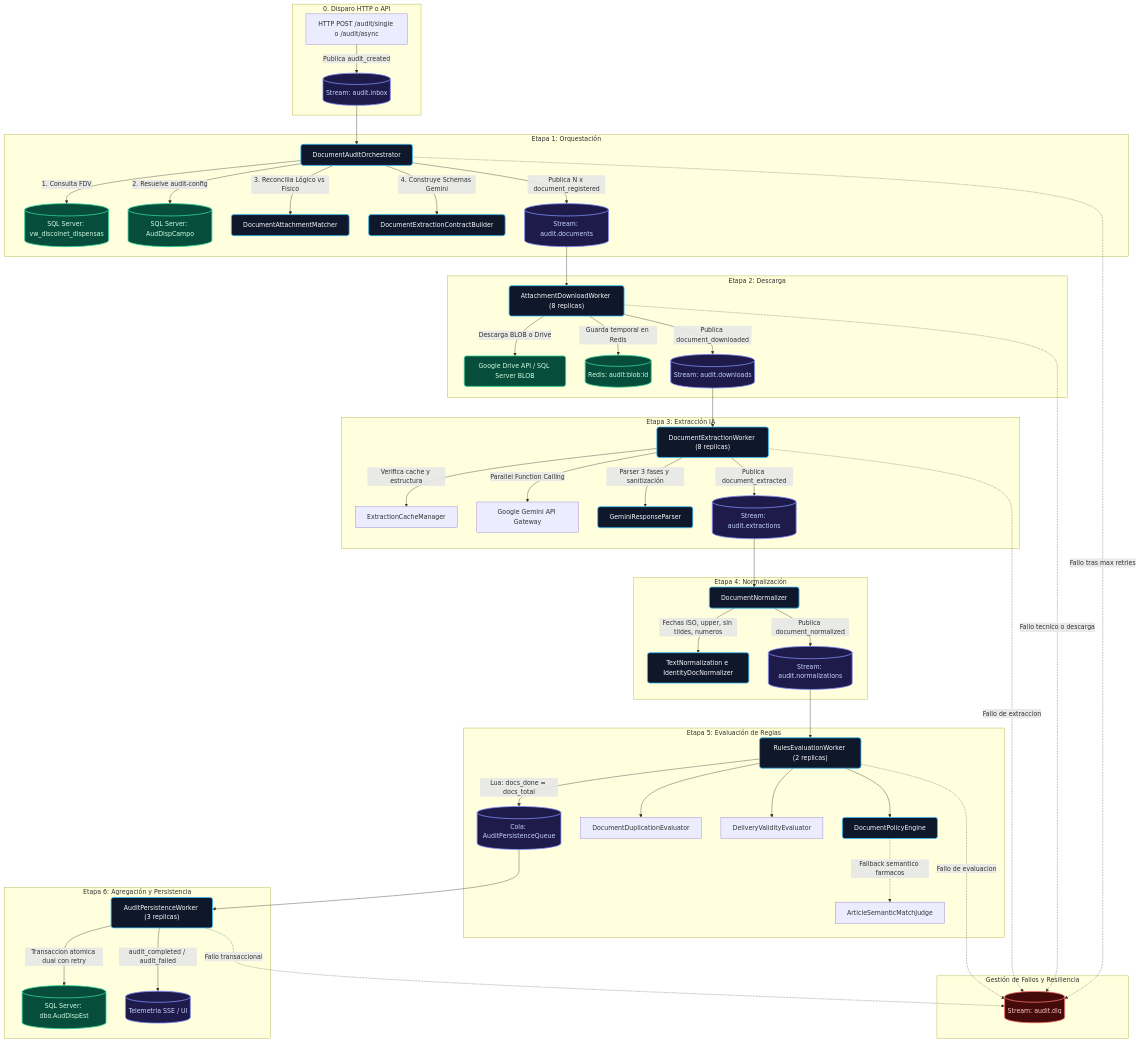
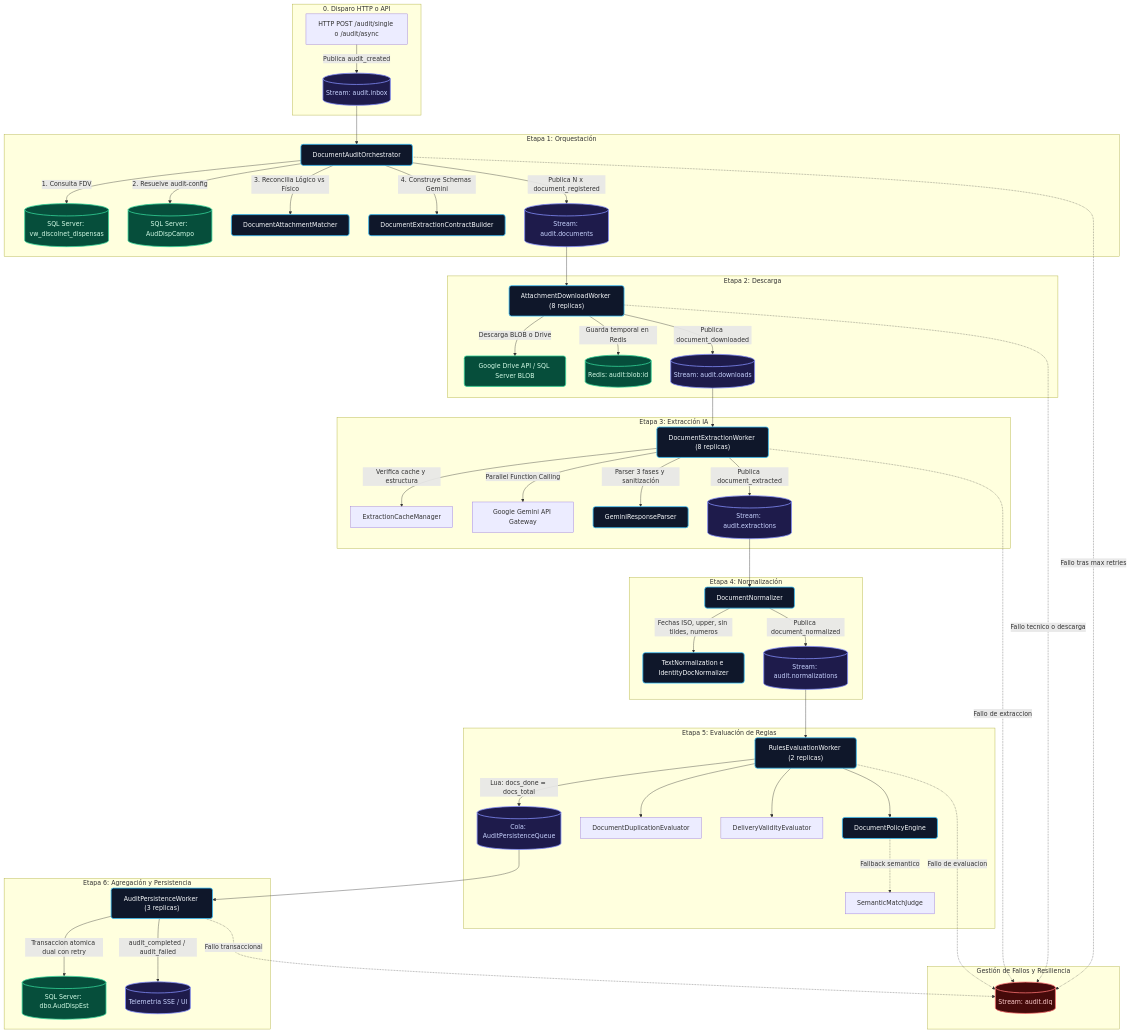
Before and after one commit to jfrem/AudFact: the fifth of 7 diagrams in plans/architecture-diagrams.md, drawn with Mermaid. The commit also changed 124 other files, not shown here.

````diff
--- a/plans/architecture-diagrams.md
+++ b/plans/architecture-diagrams.md
@@ -168,69 +168,69 @@
 ```mermaid
 flowchart TD
     subgraph Trigger ["0. Disparo HTTP o API"]
         Req["HTTP POST /audit/single o /audit/async"] -->|"Publica audit_created"| S_Inbox[("Stream: audit.inbox")]
     end
 
     subgraph E1 ["Etapa 1: Orquestación"]
         S_Inbox --> W1["DocumentAuditOrchestrator"]
         W1 -->|"1. Consulta FDV"| DB_Fdv[("SQL Server: vw_discolnet_dispensas")]
         W1 -->|"2. Resuelve audit-config"| DB_Cfg[("SQL Server: AudDispCampo")]
         W1 -->|"3. Reconcilia Lógico vs Físico"| Matcher["DocumentAttachmentMatcher"]
         W1 -->|"4. Construye Schemas Gemini"| CBuilder["DocumentExtractionContractBuilder"]
         W1 -->|"Publica N x document_registered"| S_Docs[("Stream: audit.documents")]
     end
 
     subgraph E2 ["Etapa 2: Descarga"]
         S_Docs --> W2["AttachmentDownloadWorker (8 replicas)"]
         W2 -->|"Descarga BLOB o Drive"| Storage["Google Drive API / SQL Server BLOB"]
         W2 -->|"Guarda temporal en Redis"| R_Blob[("Redis: audit:blob:id")]
         W2 -->|"Publica document_downloaded"| S_Down[("Stream: audit.downloads")]
     end
 
     subgraph E3 ["Etapa 3: Extracción IA"]
         S_Down --> W3["DocumentExtractionWorker (8 replicas)"]
         W3 -->|"Verifica cache y estructura"| CacheMgr["ExtractionCacheManager"]
         W3 -->|"Parallel Function Calling"| Gemini["Google Gemini API Gateway"]
         W3 -->|"Parser 3 fases y sanitización"| Parser["GeminiResponseParser"]
         W3 -->|"Publica document_extracted"| S_Extr[("Stream: audit.extractions")]
     end
 
     subgraph E4 ["Etapa 4: Normalización"]
         S_Extr --> W4["DocumentNormalizer"]
         W4 -->|"Fechas ISO, upper, sin tildes, numeros"| TextNorm["TextNormalization e IdentityDocNormalizer"]
         W4 -->|"Publica document_normalized"| S_Norm[("Stream: audit.normalizations")]
     end
 
     subgraph E5 ["Etapa 5: Evaluación de Reglas"]
         S_Norm --> W5["RulesEvaluationWorker (2 replicas)"]
         W5 --> Engine["DocumentPolicyEngine"]
-        Engine -.->|"Fallback semantico farmacos"| Judge["ArticleSemanticMatchJudge"]
+        Engine -.->|"Fallback semantico"| Judge["SemanticMatchJudge"]
         W5 --> Cross1["DocumentDuplicationEvaluator"]
         W5 --> Cross2["DeliveryValidityEvaluator"]
         W5 -->|"Lua: docs_done = docs_total"| S_Eval[("Cola: AuditPersistenceQueue")]
     end
 
     subgraph E6 ["Etapa 6: Agregación y Persistencia"]
         S_Eval --> W6["AuditPersistenceWorker (3 replicas)"]
         W6 -->|"Transaccion atomica dual con retry"| DB_Persist[("SQL Server: dbo.AudDispEst")]
         W6 -->|"audit_completed / audit_failed"| S_Out[("Telemetria SSE / UI")]
     end
 
     subgraph ErrorHandling ["Gestión de Fallos y Resiliencia"]
         W1 -.->|"Fallo tras max retries"| DLQ[("Stream: audit.dlq")]
         W2 -.->|"Fallo tecnico o descarga"| DLQ
         W3 -.->|"Fallo de extraccion"| DLQ
         W5 -.->|"Fallo de evaluacion"| DLQ
         W6 -.->|"Fallo transaccional"| DLQ
     end
 
     classDef stage fill:#0f172a,stroke:#38bdf8,stroke-width:2px,color:#f8fafc,rx:6px,ry:6px;
     classDef stream fill:#1e1b4b,stroke:#818cf8,stroke-width:2px,color:#c7d2fe,rx:8px,ry:8px;
     classDef storage fill:#064e3b,stroke:#34d399,stroke-width:2px,color:#d1fae5,rx:6px,ry:6px;
     classDef dlq fill:#450a0a,stroke:#f87171,stroke-width:2px,color:#fecaca,rx:6px,ry:6px;
 
     class W1,W2,W3,W4,W5,W6,Engine,Matcher,CBuilder,Parser,TextNorm stage;
     class S_Inbox,S_Docs,S_Down,S_Extr,S_Norm,S_Eval,S_Out stream;
     class DB_Fdv,DB_Cfg,DB_Persist,Storage,R_Blob storage;
     class DLQ dlq;
 ```
````
